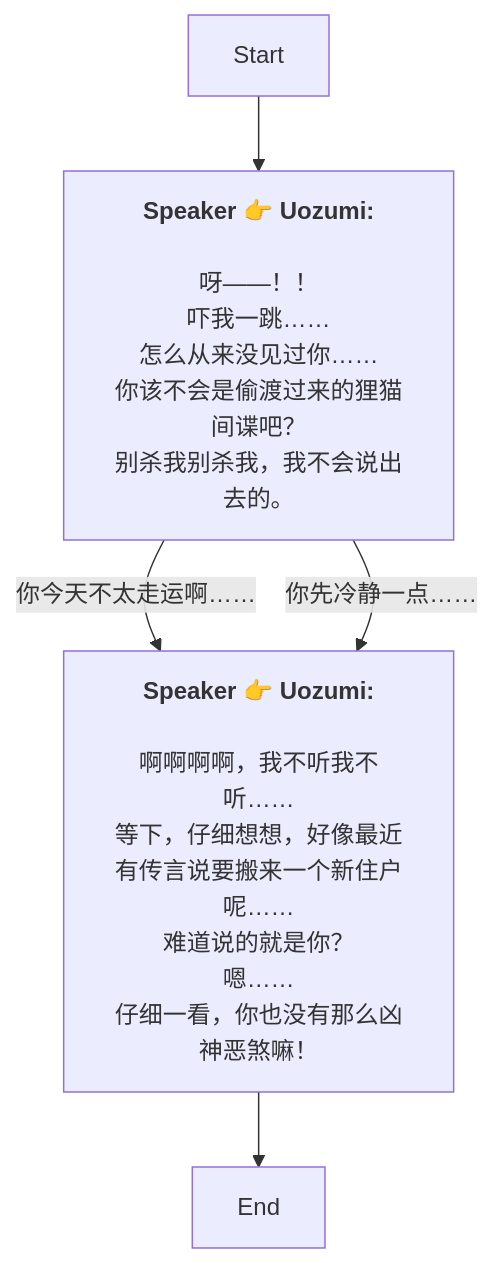
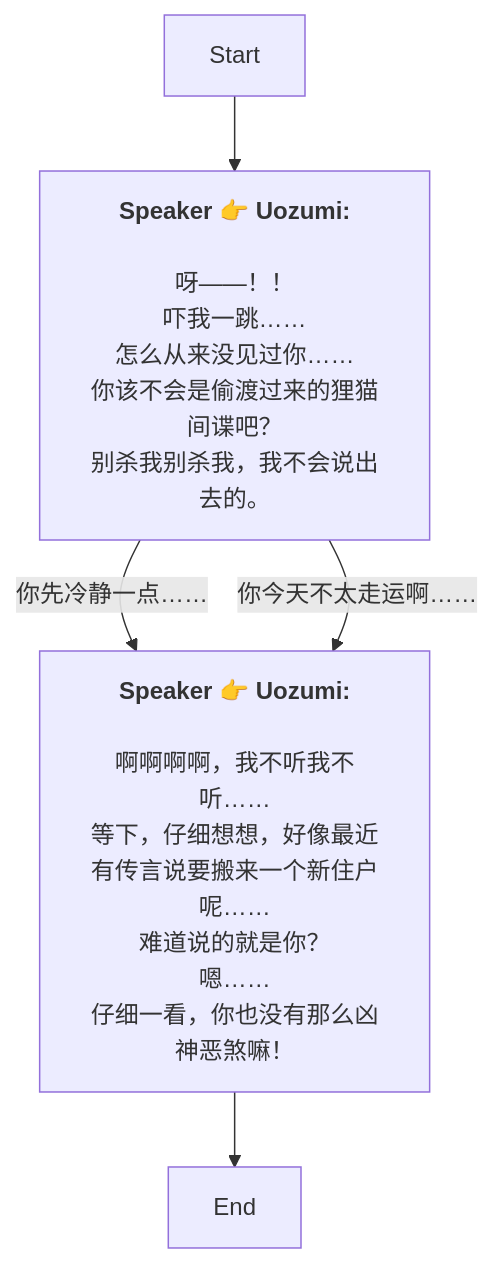
One commit to SoftHu/tos_avg changed the diagram in Zh/AddDialogNode_1741892223296789.md. Above: the diagram before and after it, drawn with Mermaid. The commit also changed other lines of this file and 780 other files, not shown here.

````diff
--- a/Zh/AddDialogNode_1741892223296789.md
+++ b/Zh/AddDialogNode_1741892223296789.md
@@ -1,18 +1,18 @@
 ```mermaid
 graph
 Start -->1741895698534699[<b>Speaker 👉 Uozumi:</b>
 \n呀——！！
 吓我一跳……\n怎么从来没见过你……
 你该不会是偷渡过来的狸猫间谍吧？
 别杀我别杀我，我不会说出去的。]
-1741895698534699 -->|你今天不太走运啊……|1741898566714673[<b>Speaker 👉 Uozumi:</b>
+1741895698534699 -->|你先冷静一点……|1741898566714673[<b>Speaker 👉 Uozumi:</b>
 \n啊啊啊啊，我不听我不听……\n等下，仔细想想，好像最近有传言说要搬来一个新住户呢……
 难道说的就是你？\n嗯……
 仔细一看，你也没有那么凶神恶煞嘛！]
-1741895698534699 -->|你先冷静一点……|1741898566714673[<b>Speaker 👉 Uozumi:</b>
+1741895698534699 -->|你今天不太走运啊……|1741898566714673[<b>Speaker 👉 Uozumi:</b>
 \n啊啊啊啊，我不听我不听……\n等下，仔细想想，好像最近有传言说要搬来一个新住户呢……
 难道说的就是你？\n嗯……
 仔细一看，你也没有那么凶神恶煞嘛！]
 1741898566714673 -->1741898682999090[End]
 
 ```
````
